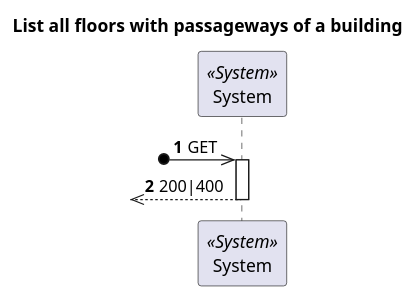
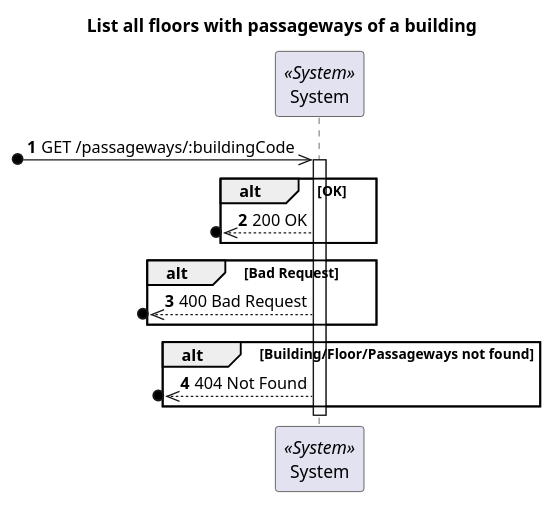
One commit to 1210910/lapr5 changed the diagram in docs/Vista Processo/US220/ProcessView_Level1_US220.puml. Above: the diagram before and after it, drawn with PlantUML. The commit also changed 14 other files, not shown here.

```diff
--- a/docs/Vista Processo/US220/ProcessView_Level1_US220.puml
+++ b/docs/Vista Processo/US220/ProcessView_Level1_US220.puml
@@ -1,18 +1,26 @@
 @startuml
 'https://plantuml.com/sequence-diagram
 
 autonumber
 skinparam packageStyle rect
 
 title List all floors with passageways of a building
 
 participant "System" as Sys <<System>>
 
-?o->> Sys : GET
+?o->> Sys : GET /passageways/:buildingCode
 
 activate Sys
-?o<<-- Sys : 200|400
+alt OK
+   ?o<<--Sys : 200 OK
+end
+alt Bad Request
+   ?o<<--Sys : 400 Bad Request
+end
+alt Building/Floor/Passageways not found
+   ?o<<--Sys : 404 Not Found
+end
 deactivate Sys
 
 
 @enduml
```
